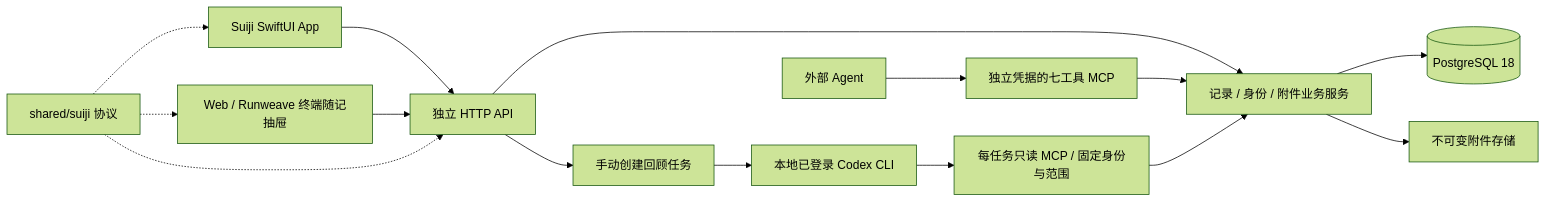
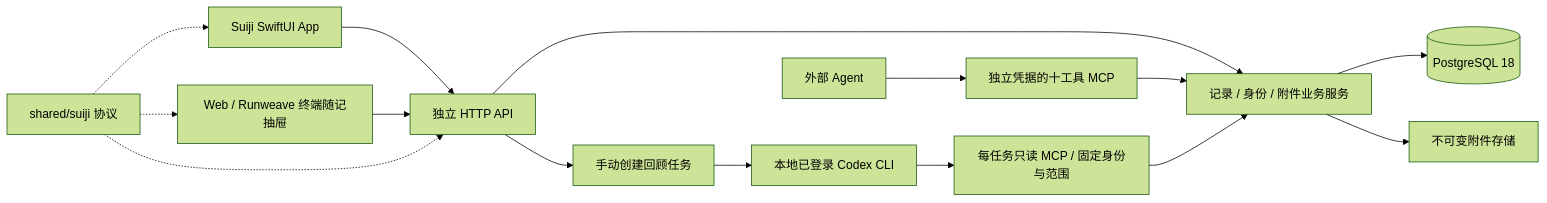
One commit to jackshen3102/run-weave changed the diagram in docs/architecture/suiji.md. Above: the diagram before and after it, drawn with Mermaid (forest theme). The commit also changed other lines of this file and 21 other files, not shown here.

````diff
--- a/docs/architecture/suiji.md
+++ b/docs/architecture/suiji.md
@@ -8,17 +8,17 @@
 ```mermaid
 flowchart LR
   I[Suiji SwiftUI App] --> H[独立 HTTP API]
   W[Web / Runweave 终端随记抽屉] --> H
   H --> S[记录 / 身份 / 附件业务服务]
-  A[外部 Agent] --> M[独立凭据的七工具 MCP]
+  A[外部 Agent] --> M[独立凭据的十工具 MCP]
   M --> S
   H --> R[手动创建回顾任务]
   R --> C[本地已登录 Codex CLI]
   C --> O[每任务只读 MCP / 固定身份与范围]
   O --> S
   S --> P[(PostgreSQL 18)]
   S --> F[不可变附件存储]
   K[shared/suiji 协议] -.-> I
   K -.-> W
   K -.-> H
 ```
````
